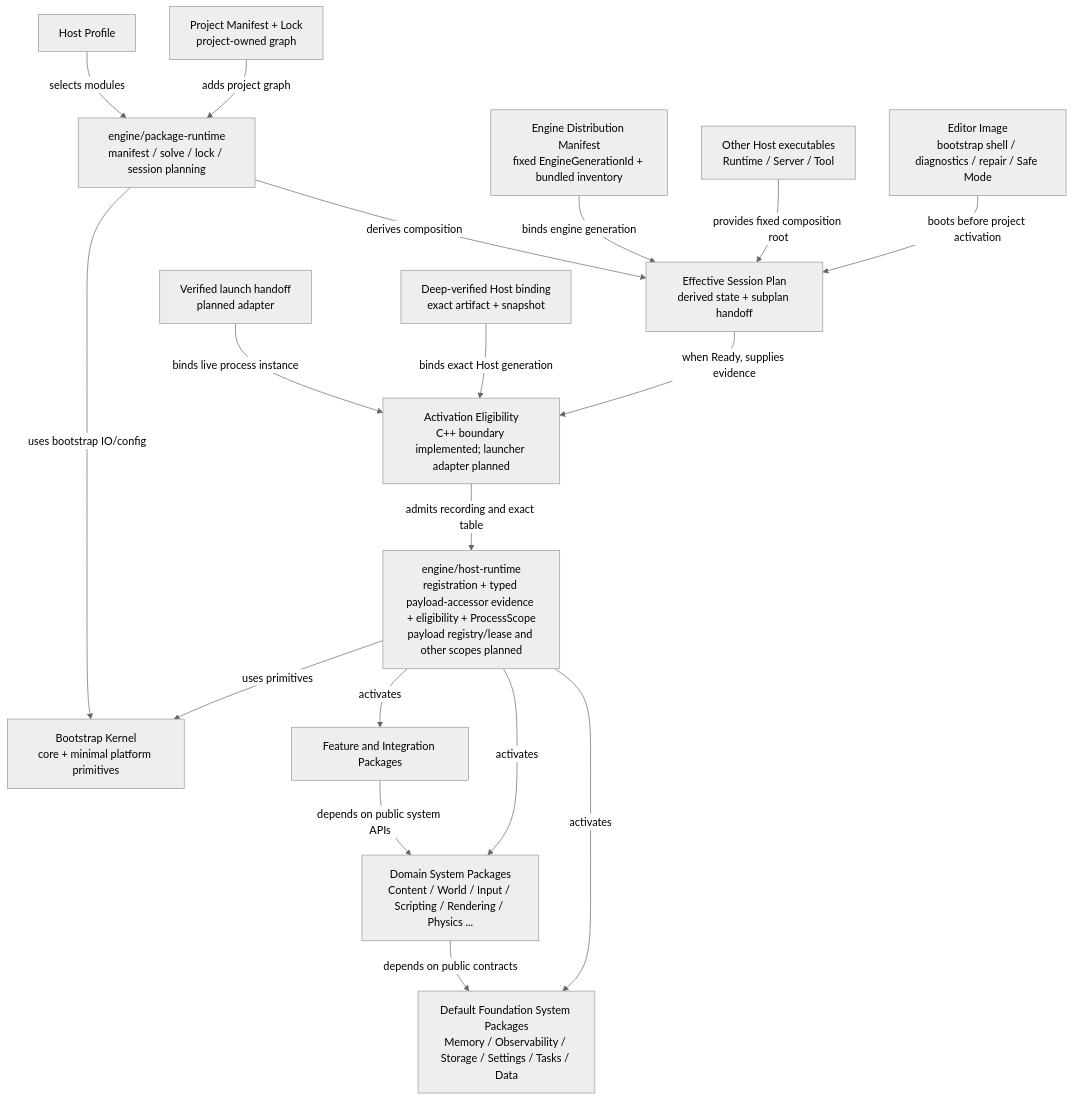
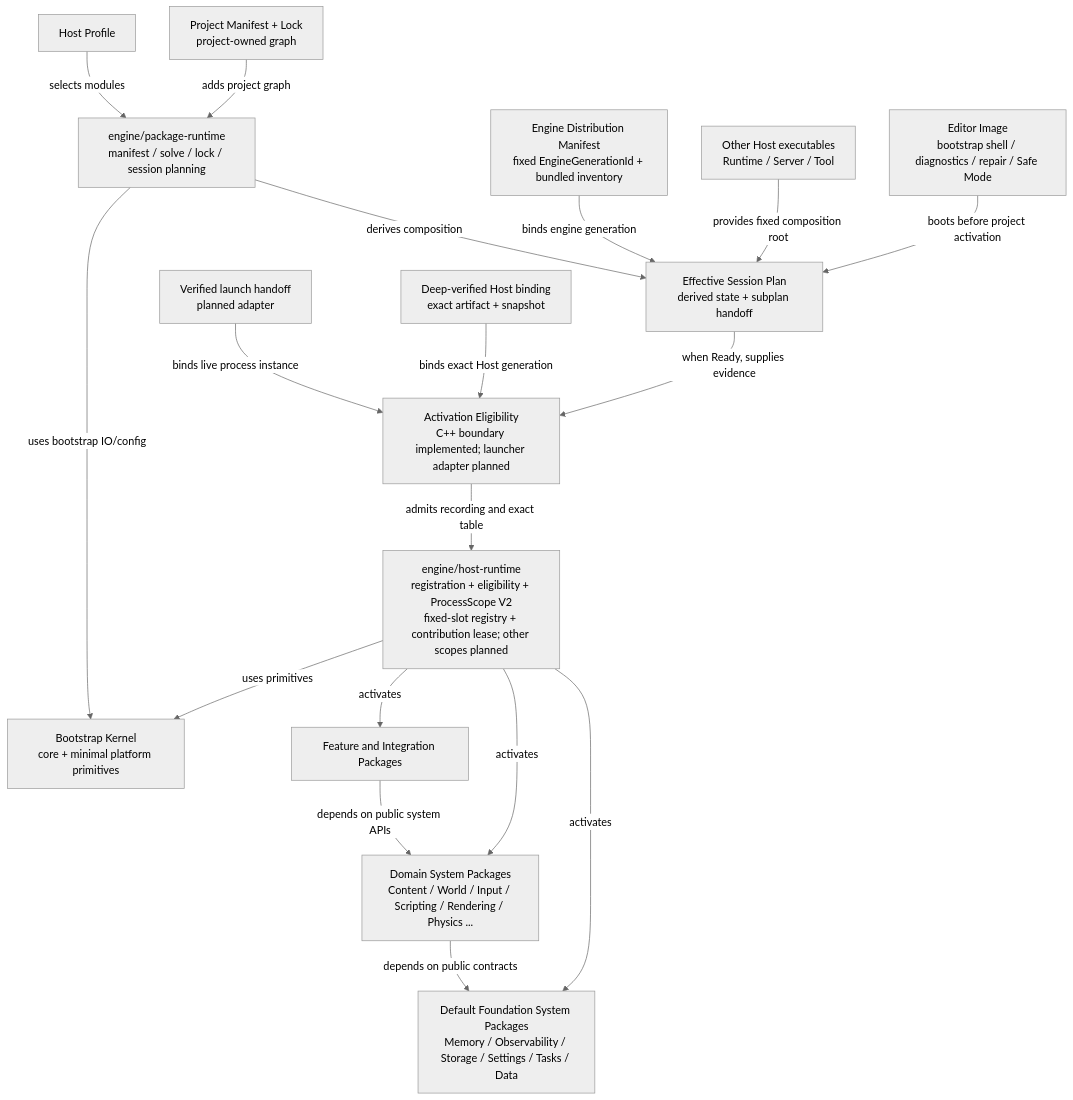
One commit to 66six11/Engine changed the first of 4 diagrams in docs/architecture/foundation-framework.md. Above: the diagram before and after it, drawn with Mermaid (neutral theme). The commit also changed other lines of this file and 37 other files, not shown here.

First line of the commit message:
feat: publish typed process scope contributions

````diff
--- a/docs/architecture/foundation-framework.md
+++ b/docs/architecture/foundation-framework.md
@@ -34,36 +35,36 @@
 ```mermaid
 flowchart TB
     EditorImage["Editor Image\nbootstrap shell / diagnostics / repair / Safe Mode"]
     Apps["Other Host executables\nRuntime / Server / Tool"]
     Distribution["Engine Distribution Manifest\nfixed EngineGenerationId + bundled inventory"]
     Project["Project Manifest + Lock\nproject-owned graph"]
     Profile["Host Profile"]
     Session["Effective Session Plan\nderived state + subplan handoff"]
     Binding["Deep-verified Host binding\nexact artifact + snapshot"]
     Launch["Verified launch handoff\nplanned adapter"]
     Eligibility["Activation Eligibility\nC++ boundary implemented; launcher adapter planned"]
-    Host["engine/host-runtime\nregistration + typed payload-accessor evidence + eligibility + ProcessScope\npayload registry/lease and other scopes planned"]
+    Host["engine/host-runtime\nregistration + eligibility + ProcessScope V2\nfixed-slot registry + contribution lease; other scopes planned"]
     Package["engine/package-runtime\nmanifest / solve / lock / session planning"]
     Kernel["Bootstrap Kernel\ncore + minimal platform primitives"]
     Foundation["Default Foundation System Packages\nMemory / Observability / Storage / Settings / Tasks / Data"]
     Domain["Domain System Packages\nContent / World / Input / Scripting / Rendering / Physics ..."]
     Features["Feature and Integration Packages"]
 
     EditorImage -->|boots before project activation| Session
     Apps -->|provides fixed composition root| Session
     Distribution -->|binds engine generation| Session
     Project -->|adds project graph| Package
     Profile -->|selects modules| Package
     Package -->|derives composition| Session
     Session -->|when Ready, supplies evidence| Eligibility
     Binding -->|binds exact Host generation| Eligibility
     Launch -->|binds live process instance| Eligibility
     Eligibility -->|admits recording and exact table| Host
     Host -->|uses primitives| Kernel
     Host -->|activates| Foundation
     Host -->|activates| Domain
     Host -->|activates| Features
     Package -->|uses bootstrap IO/config| Kernel
     Domain -->|depends on public contracts| Foundation
     Features -->|depends on public system APIs| Domain
 ```
````
